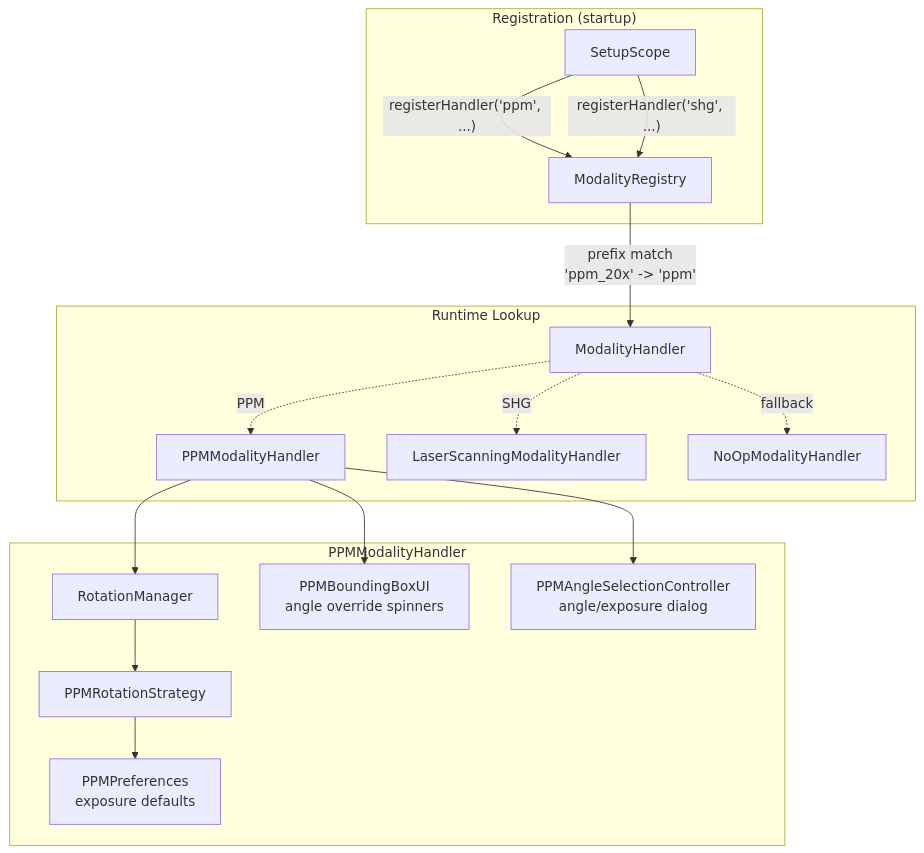
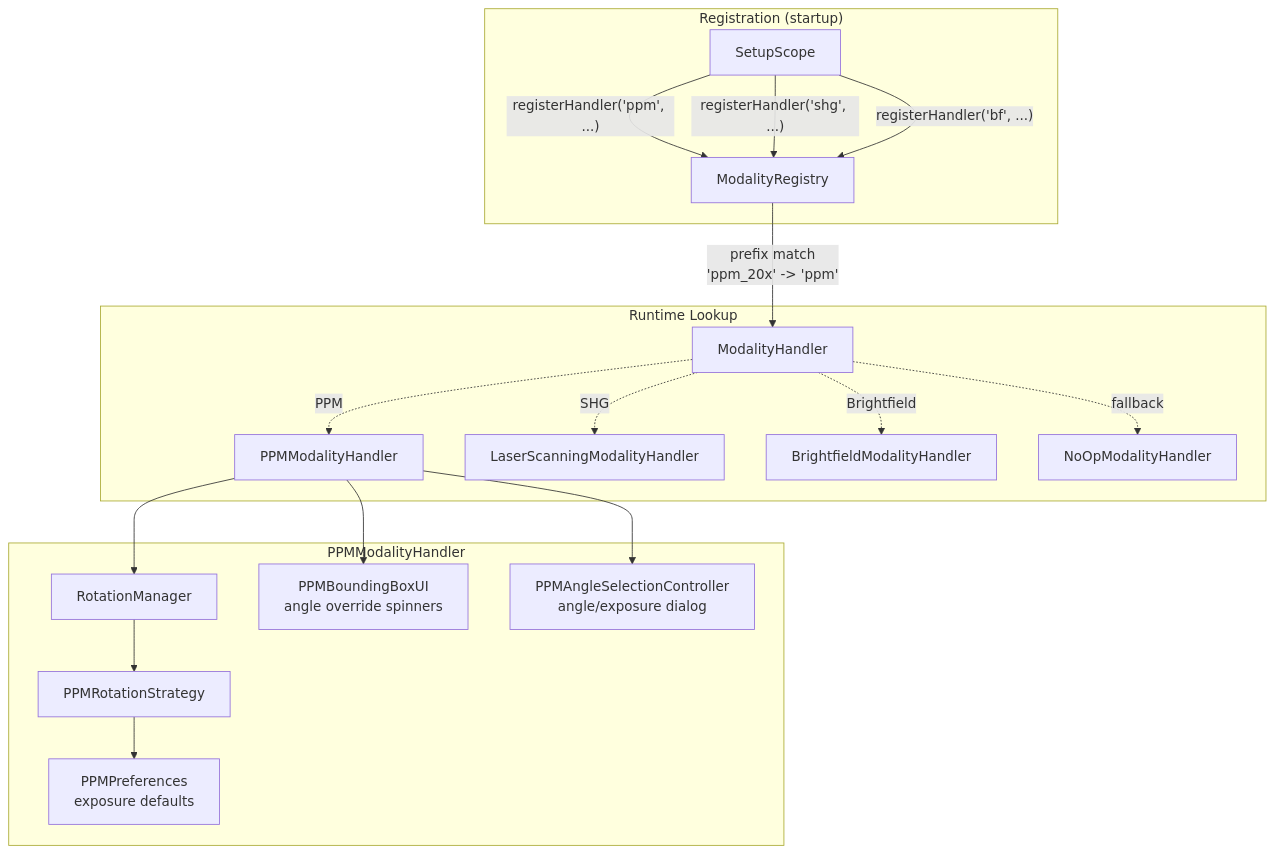
Before and after one commit to uw-loci/qupath-extension-qpsc: the fourth of 7 diagrams in documentation/developer/ARCHITECTURE.md, drawn with Mermaid. The commit also changed other lines of this file and 12 other files, not shown here.

First line of the commit message:
Add BrightfieldModalityHandler, generalize wizard, WB/AF safety

````diff
--- a/documentation/developer/ARCHITECTURE.md
+++ b/documentation/developer/ARCHITECTURE.md
@@ -175,22 +178,24 @@
 ```mermaid
 graph TB
     subgraph "Registration (startup)"
         SS[SetupScope] -->|"registerHandler('ppm', ...)"| MR[ModalityRegistry]
         SS -->|"registerHandler('shg', ...)"| MR
+        SS -->|"registerHandler('bf', ...)"| MR
     end
 
     subgraph "Runtime Lookup"
         MR -->|"prefix match<br/>'ppm_20x' -> 'ppm'"| MH[ModalityHandler]
         MH -.->|"PPM"| PPM[PPMModalityHandler]
         MH -.->|"SHG"| LSM[LaserScanningModalityHandler]
+        MH -.->|"Brightfield"| BFM[BrightfieldModalityHandler]
         MH -.->|"fallback"| NOP[NoOpModalityHandler]
     end
 
     subgraph "PPMModalityHandler"
         PPM --> RM[RotationManager]
         RM --> RS[PPMRotationStrategy]
         RS --> PP[PPMPreferences<br/>exposure defaults]
         PPM --> BUI[PPMBoundingBoxUI<br/>angle override spinners]
         PPM --> PASC[PPMAngleSelectionController<br/>angle/exposure dialog]
     end
 ```
````
